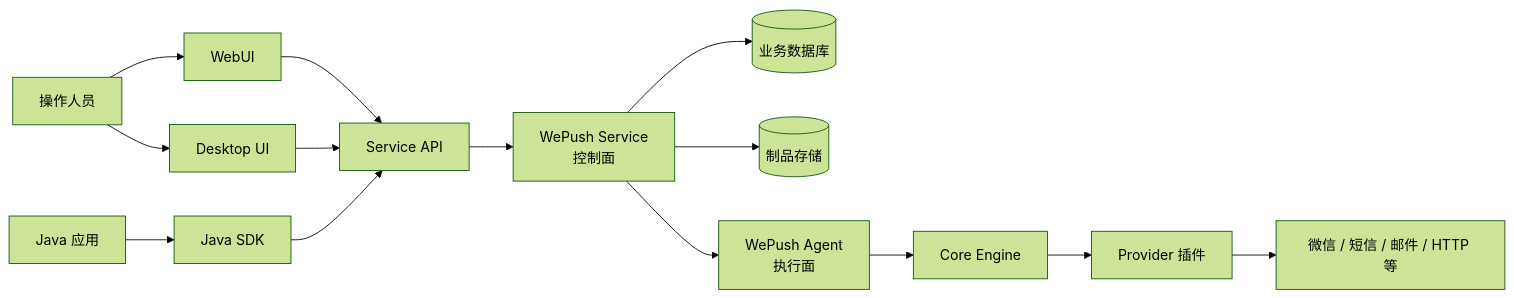
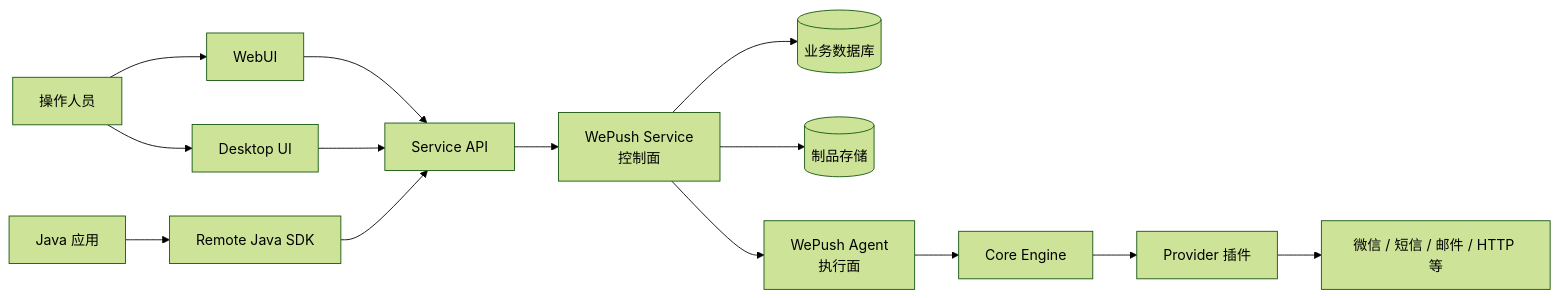
Before and after one commit to rememberber/WePush: the first of 7 diagrams in next/docs/architecture-and-high-level-design.md, drawn with Mermaid (forest theme). The commit also changed other lines of this file and 20 other files, not shown here.

Commit message:
feat(next): implement embedded Java SDK

````diff
--- a/next/docs/architecture-and-high-level-design.md
+++ b/next/docs/architecture-and-high-level-design.md
@@ -78,18 +78,18 @@
 ```mermaid
 flowchart LR
     Operator[操作人员] --> WebUI[WebUI]
     Operator --> Desktop[Desktop UI]
-    JavaApp[Java 应用] --> SDK[Java SDK]
+    JavaApp[Java 应用] --> SDK[Remote Java SDK]
 
     WebUI --> API[Service API]
     Desktop --> API
     SDK --> API
 
     API --> Service[WePush Service<br/>控制面]
     Service --> Database[(业务数据库)]
     Service --> ArtifactStore[(制品存储)]
     Service --> Agent[WePush Agent<br/>执行面]
     Agent --> Engine[Core Engine]
     Engine --> Providers[Provider 插件]
     Providers --> Channels[微信 / 短信 / 邮件 / HTTP 等]
 ```
````
